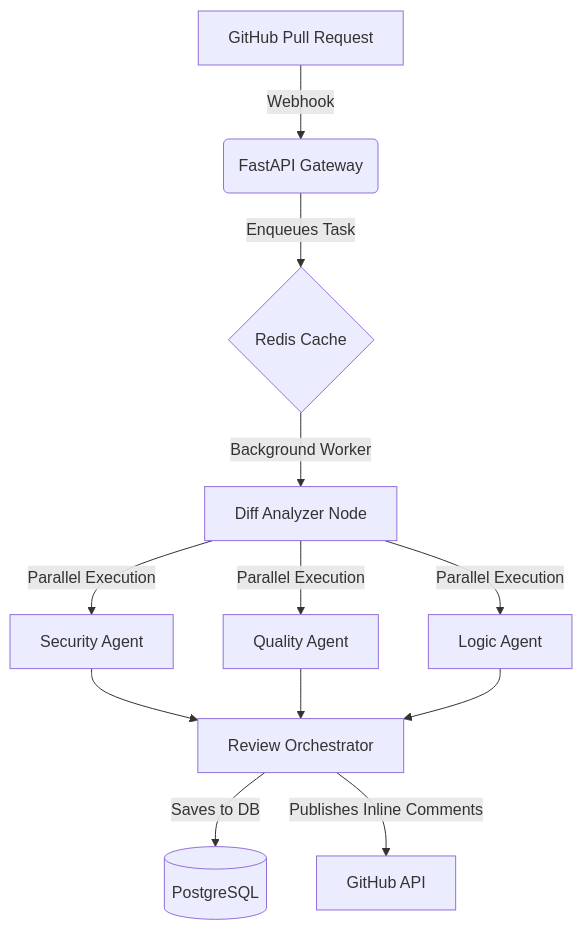
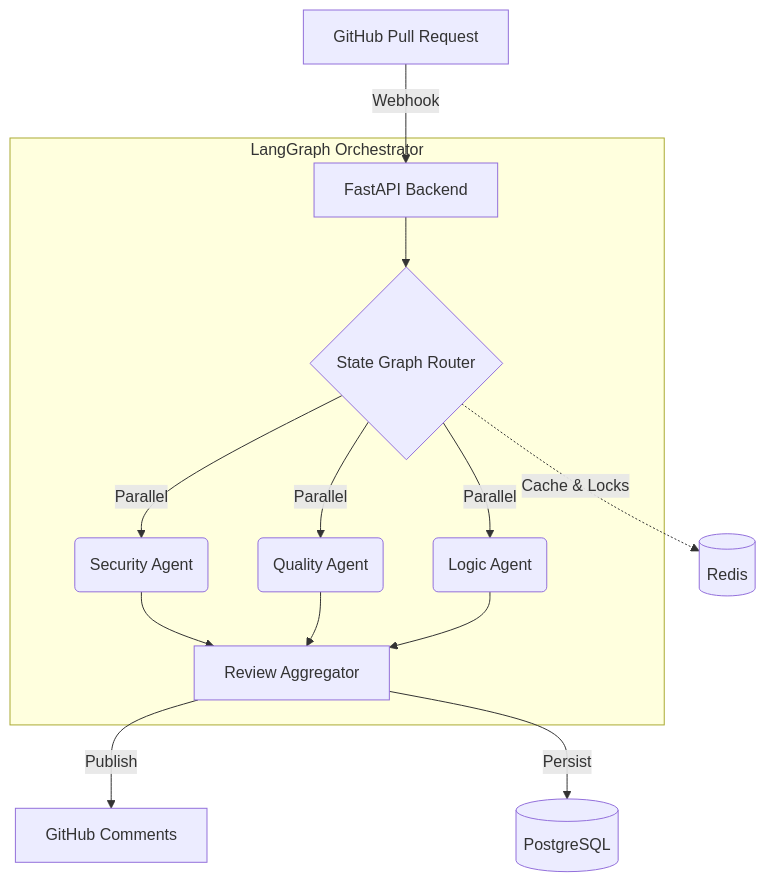
The diagram in README.md (lumen-byte/PRism--AI-Pr-Review-Agent), drawn with Mermaid before and after one commit. The commit also changed other lines of this file and 1 other file, not shown here.

````diff
--- a/README.md
+++ b/README.md
@@ -45,17 +39,19 @@
 ```mermaid
-graph TD
-    A[GitHub Pull Request] -->|Webhook| B(FastAPI Gateway)
-    B -->|Enqueues Task| C{Redis Cache}
-    C -->|Background Worker| D[Diff Analyzer Node]
+flowchart TD
+    GH[GitHub Pull Request] -->|Webhook| FA[FastAPI Backend]
     
-    D -->|Parallel Execution| E[Security Agent]
-    D -->|Parallel Execution| F[Quality Agent]
-    D -->|Parallel Execution| G[Logic Agent]
+    subgraph Orchestration [LangGraph Orchestrator]
+        FA --> LG{State Graph Router}
+        LG -->|Parallel| SA(Security Agent)
+        LG -->|Parallel| QA(Quality Agent)
+        LG -->|Parallel| LA(Logic Agent)
+        
+        SA --> AG[Review Aggregator]
+        QA --> AG
+        LA --> AG
+    end
     
-    E --> H[Review Orchestrator]
-    F --> H
-    G --> H
-    
-    H -->|Saves to DB| I[(PostgreSQL)]
-    H -->|Publishes Inline Comments| J[GitHub API]
+    AG -->|Publish| GHC[GitHub Comments]
+    AG -->|Persist| DB[(PostgreSQL)]
+    LG -.->|Cache & Locks| RD[(Redis)]
 ```
````
